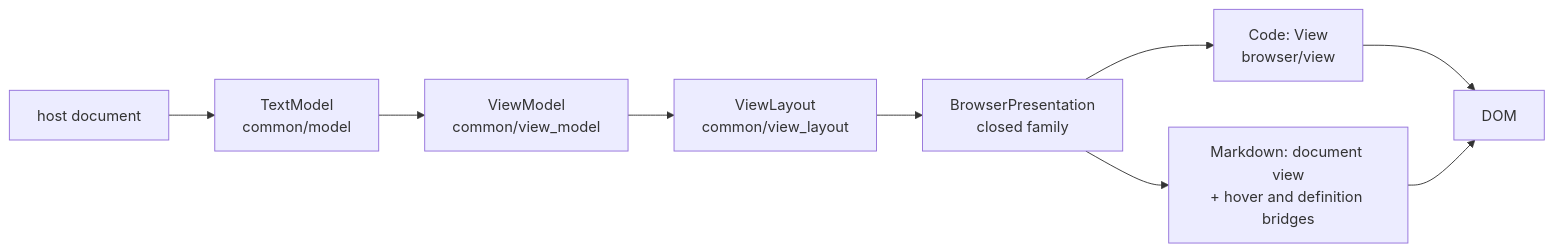
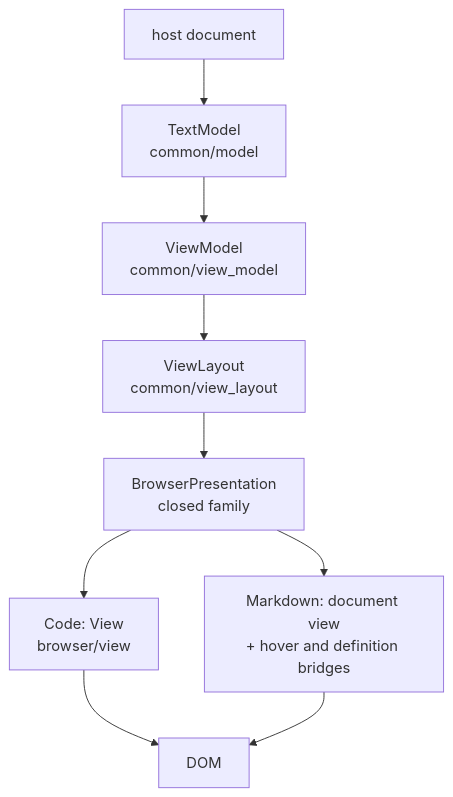
Before and after one commit to moonbitlang/editor: the first of 4 diagrams in docs/architecture.md, drawn with Mermaid. The commit also changed other lines of this file, not shown here.

````diff
--- a/docs/architecture.md
+++ b/docs/architecture.md
@@ -24,11 +24,11 @@
 ```mermaid
-flowchart LR
+flowchart TB
   A[host document] --> B[TextModel<br>common/model]
   B --> C[ViewModel<br>common/view_model]
   C --> D[ViewLayout<br>common/view_layout]
   D --> E[BrowserPresentation<br>closed family]
   E --> F[Code: View<br>browser/view]
   E --> G[Markdown: document view<br>+ hover and definition bridges]
   F --> H[DOM]
   G --> H
 ```
````
